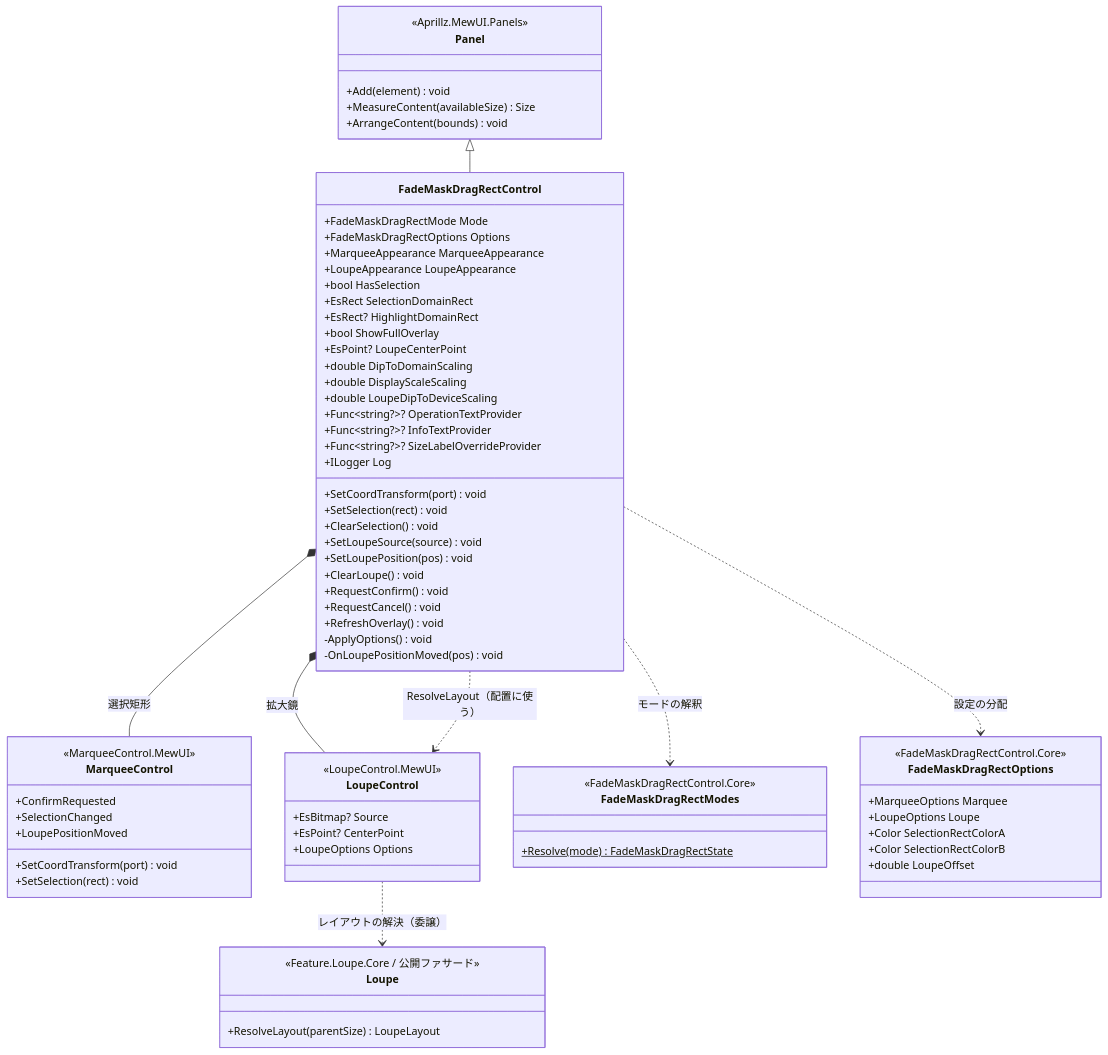
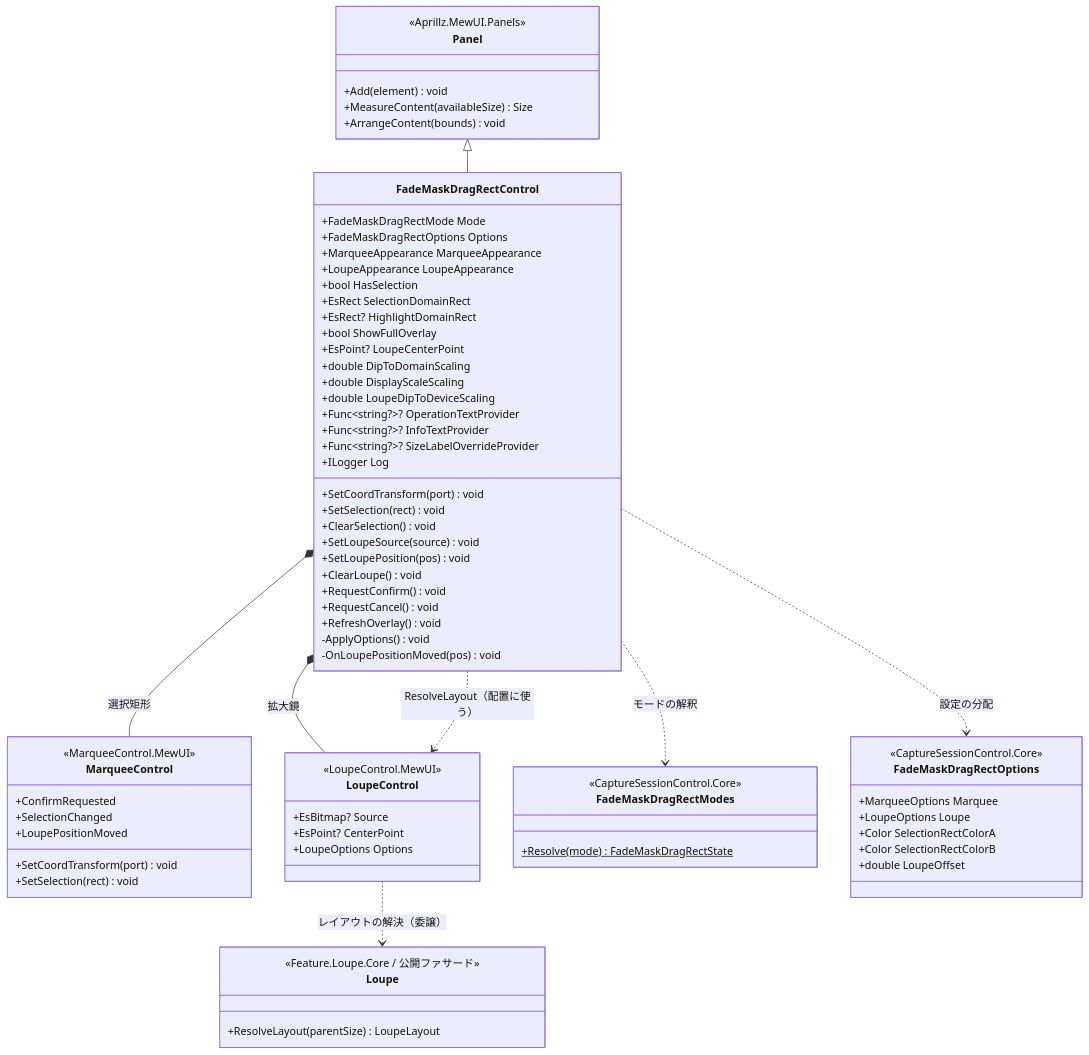
The first of 4 diagrams in src/FadeMaskDragRectControl.MewUI/SPEC_System.md (tomokuni/SaveEvidence), drawn with Mermaid before and after one commit. The commit also changed other lines of this file and 19 other files, not shown here.

````diff
--- a/src/FadeMaskDragRectControl.MewUI/SPEC_System.md
+++ b/src/FadeMaskDragRectControl.MewUI/SPEC_System.md
@@ -94,76 +94,76 @@
 ```mermaid
 classDiagram
     class Panel {
         <<Aprillz.MewUI.Panels>>
         +Add(element) void
         +MeasureContent(availableSize) Size
         +ArrangeContent(bounds) void
     }
     class FadeMaskDragRectControl {
         +FadeMaskDragRectMode Mode
         +FadeMaskDragRectOptions Options
         +MarqueeAppearance MarqueeAppearance
         +LoupeAppearance LoupeAppearance
         +bool HasSelection
         +EsRect SelectionDomainRect
         +EsRect? HighlightDomainRect
         +bool ShowFullOverlay
         +EsPoint? LoupeCenterPoint
         +double DipToDomainScaling
         +double DisplayScaleScaling
         +double LoupeDipToDeviceScaling
         +Func~string?~? OperationTextProvider
         +Func~string?~? InfoTextProvider
         +Func~string?~? SizeLabelOverrideProvider
         +ILogger Log
         +SetCoordTransform(port) void
         +SetSelection(rect) void
         +ClearSelection() void
         +SetLoupeSource(source) void
         +SetLoupePosition(pos) void
         +ClearLoupe() void
         +RequestConfirm() void
         +RequestCancel() void
         +RefreshOverlay() void
         -ApplyOptions() void
         -OnLoupePositionMoved(pos) void
     }
     class MarqueeControl {
         <<MarqueeControl.MewUI>>
         +SetCoordTransform(port) void
         +SetSelection(rect) void
         +ConfirmRequested
         +SelectionChanged
         +LoupePositionMoved
     }
     class LoupeControl {
         <<LoupeControl.MewUI>>
         +EsBitmap? Source
         +EsPoint? CenterPoint
         +LoupeOptions Options
     }
     class FadeMaskDragRectModes {
-        <<FadeMaskDragRectControl.Core>>
+        <<CaptureSessionControl.Core>>
         +Resolve(mode)$ FadeMaskDragRectState
     }
     class FadeMaskDragRectOptions {
-        <<FadeMaskDragRectControl.Core>>
+        <<CaptureSessionControl.Core>>
         +MarqueeOptions Marquee
         +LoupeOptions Loupe
         +Color SelectionRectColorA
         +Color SelectionRectColorB
         +double LoupeOffset
     }
     class Loupe {
         <<Feature.Loupe.Core / 公開ファサード>>
         +ResolveLayout(parentSize) LoupeLayout
     }
 
     Panel <|-- FadeMaskDragRectControl
     FadeMaskDragRectControl *-- MarqueeControl : 選択矩形
     FadeMaskDragRectControl *-- LoupeControl : 拡大鏡
     FadeMaskDragRectControl ..> FadeMaskDragRectModes : モードの解釈
     FadeMaskDragRectControl ..> FadeMaskDragRectOptions : 設定の分配
     LoupeControl ..> Loupe : レイアウトの解決（委譲）
     FadeMaskDragRectControl ..> LoupeControl : ResolveLayout（配置に使う）
 ```
````
